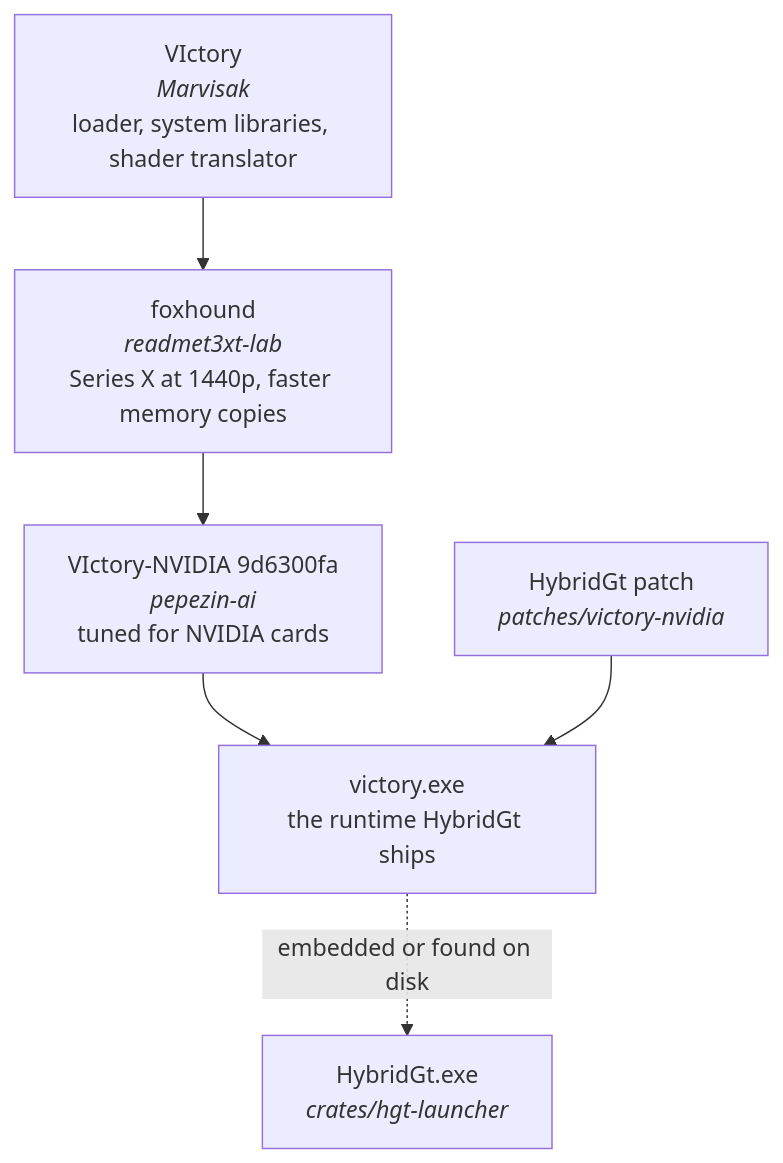
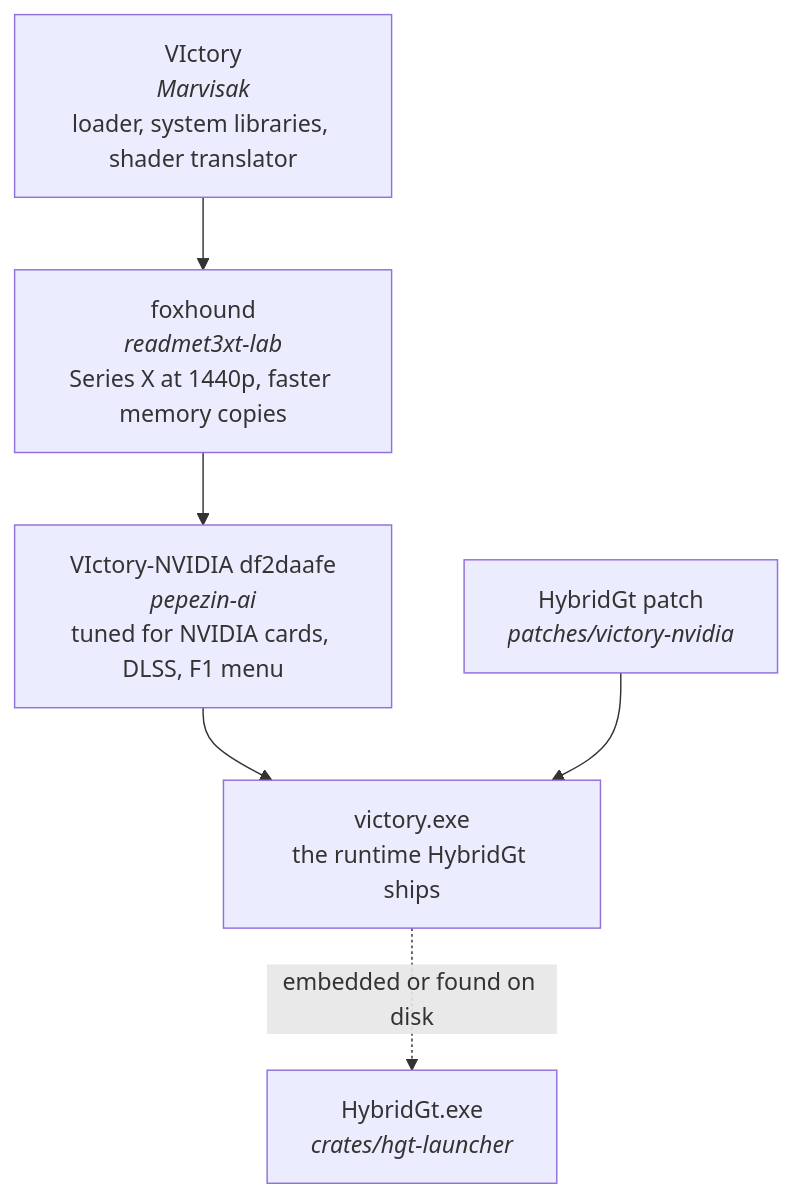
Before and after one commit to LowBacon/HybridGt: the first of 2 diagrams in docs/dev/ARCHITECTURE.md, drawn with Mermaid. The commit also changed other lines of this file and 22 other files, not shown here.

````diff
--- a/docs/dev/ARCHITECTURE.md
+++ b/docs/dev/ARCHITECTURE.md
@@ -11,12 +11,12 @@
 ```mermaid
 flowchart TB
     V["VIctory<br/><i>Marvisak</i><br/>loader, system libraries, shader translator"]
     F["foxhound<br/><i>readmet3xt-lab</i><br/>Series X at 1440p, faster memory copies"]
-    N["VIctory-NVIDIA 9d6300fa<br/><i>pepezin-ai</i><br/>tuned for NVIDIA cards"]
+    N["VIctory-NVIDIA df2daafe<br/><i>pepezin-ai</i><br/>tuned for NVIDIA cards, DLSS, F1 menu"]
     P["HybridGt patch<br/><i>patches/victory-nvidia</i>"]
     R["victory.exe<br/>the runtime HybridGt ships"]
     L["HybridGt.exe<br/><i>crates/hgt-launcher</i>"]
     V --> F --> N --> R
     P --> R
     R -. embedded or found on disk .-> L
 ```
````
